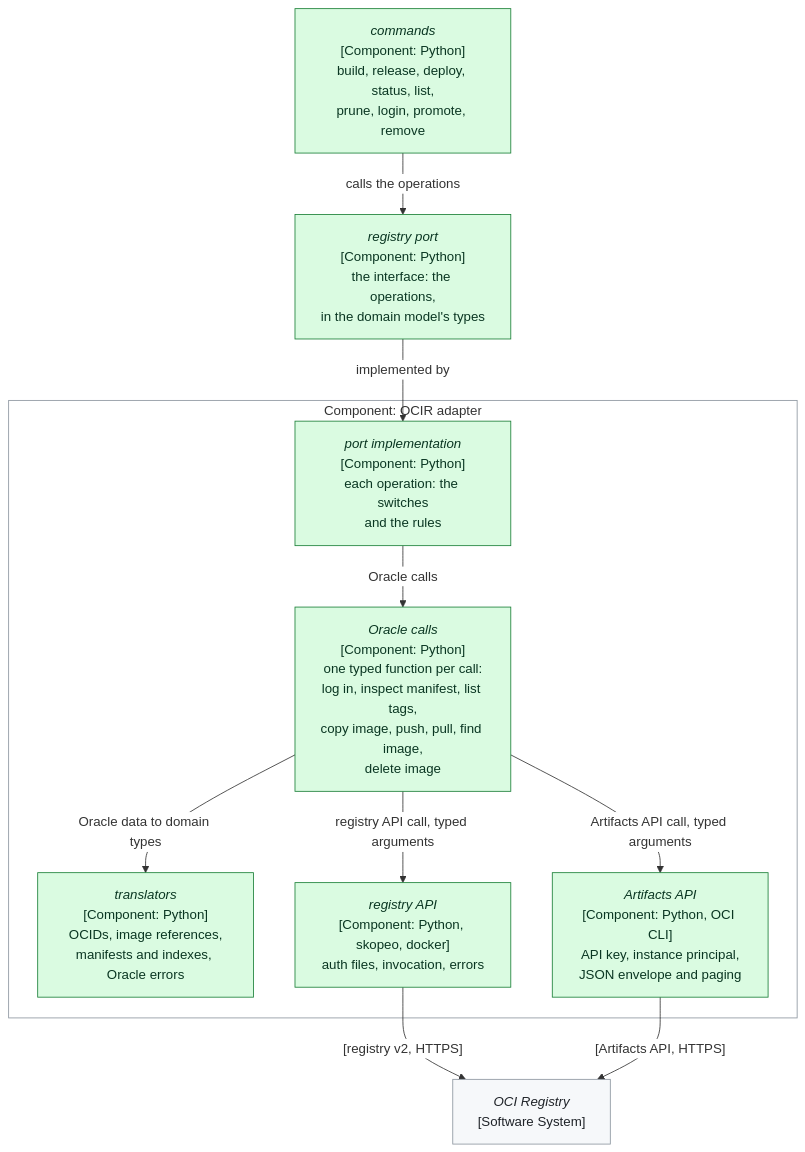
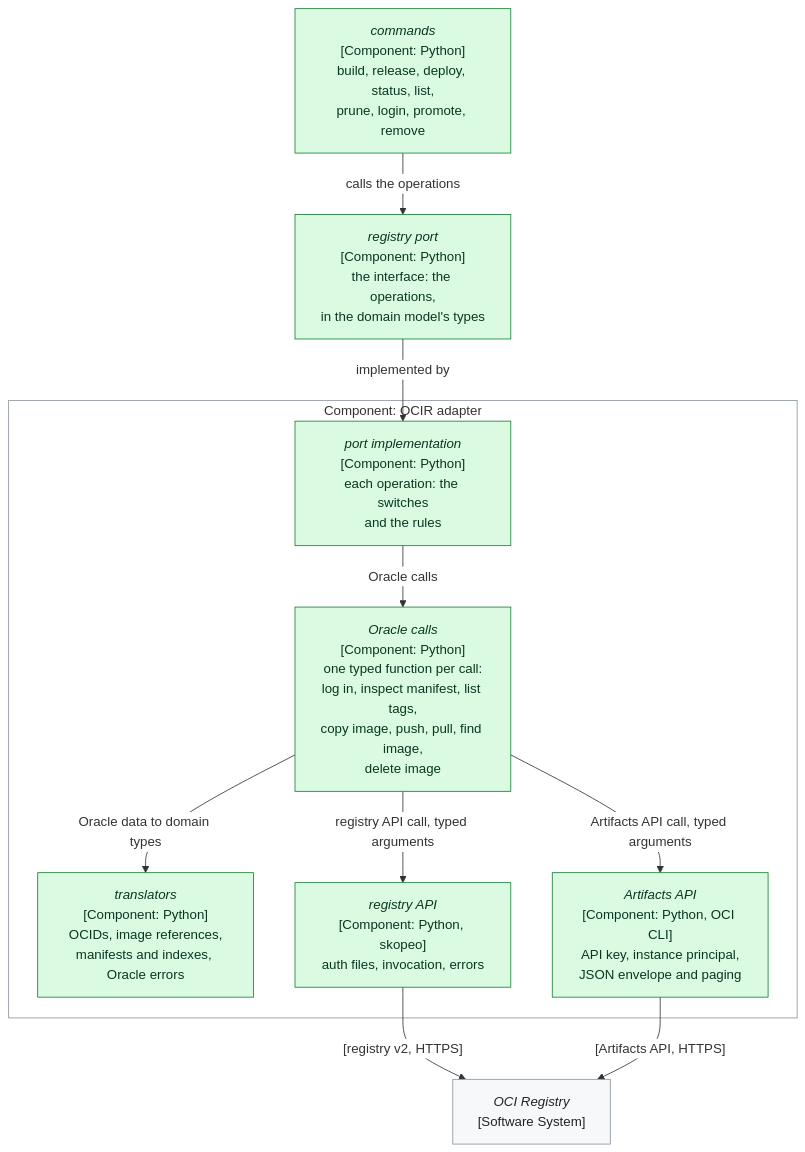
The sixth of 10 diagrams in records/2.5-changes/programme-tooling/117-generic-deliver-tool/design.md (delphside/programme), drawn with Mermaid before and after one commit. The commit also changed other lines of this file and 1 other file, not shown here.

````diff
--- a/records/2.5-changes/programme-tooling/117-generic-deliver-tool/design.md
+++ b/records/2.5-changes/programme-tooling/117-generic-deliver-tool/design.md
@@ -645,27 +657,27 @@
 ```mermaid
 %%{init: {"themeVariables": {"clusterBkg": "#ffffff", "clusterBorder": "#8c959f", "edgeLabelBackground": "#ffffff"}}}%%
 flowchart TB
   CMD["<i>commands</i><br>[Component: Python]<br>build, release, deploy, status, list,<br>prune, login, promote, remove"]
   PORT["<i>registry port</i><br>[Component: Python]<br>the interface: the operations,<br>in the domain model's types"]
   subgraph OCIRA["Component: OCIR adapter"]
     TOP["<i>port implementation</i><br>[Component: Python]<br>each operation: the switches<br>and the rules"]
     MID["<i>Oracle calls</i><br>[Component: Python]<br>one typed function per call:<br>log in, inspect manifest, list tags,<br>copy image, push, pull, find image,<br>delete image"]
     TRN["<i>translators</i><br>[Component: Python]<br>OCIDs, image references,<br>manifests and indexes, Oracle errors"]
-    RAPI["<i>registry API</i><br>[Component: Python, skopeo, docker]<br>auth files, invocation, errors"]
+    RAPI["<i>registry API</i><br>[Component: Python, skopeo]<br>auth files, invocation, errors"]
     AAPI["<i>Artifacts API</i><br>[Component: Python, OCI CLI]<br>API key, instance principal,<br>JSON envelope and paging"]
   end
   REG["<i>OCI Registry</i><br>[Software System]"]
   CMD -->|"calls the operations"| PORT
   PORT -->|"implemented by"| TOP
   TOP -->|"Oracle calls"| MID
   MID -->|"Oracle data to domain types"| TRN
   MID -->|"registry API call, typed arguments"| RAPI
   MID -->|"Artifacts API call, typed arguments"| AAPI
   RAPI -->|"[registry v2, HTTPS]"| REG
   AAPI -->|"[Artifacts API, HTTPS]"| REG
   classDef unchanged    fill:#f6f8fa,stroke:#8c959f,color:#1f2328
   classDef new          fill:#dafbe1,stroke:#1a7f37,color:#0a3622
   classDef changed      fill:#fff8c5,stroke:#9a6700,color:#4d2d00
   class CMD,PORT,TOP,MID,TRN,RAPI,AAPI new
   class REG unchanged
 ```
````
